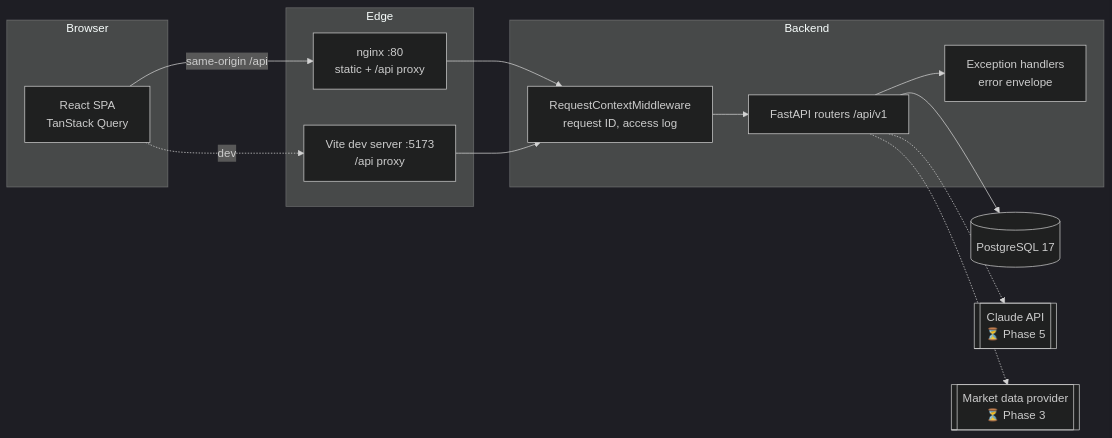
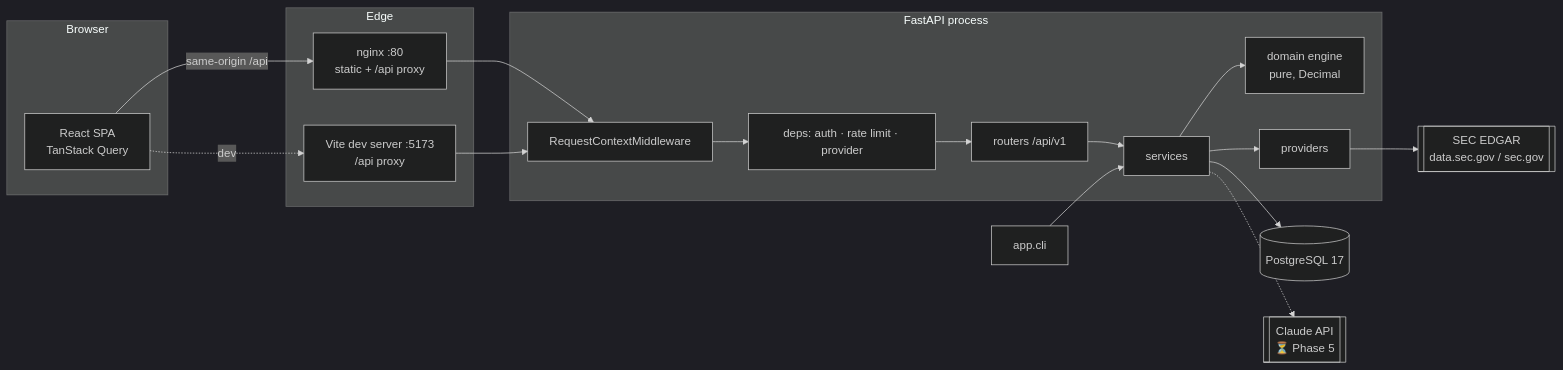
The first of 5 diagrams in SYSTEM_FLOW.md (unknownMagician/finsight), drawn with Mermaid (dark theme) before and after one commit. The commit also changed other lines of this file and 47 other files, not shown here.

````diff
--- a/SYSTEM_FLOW.md
+++ b/SYSTEM_FLOW.md
@@ -100,28 +98,33 @@
 ```mermaid
 flowchart LR
     subgraph Browser
         SPA[React SPA<br/>TanStack Query]
     end
     subgraph Edge
         NGINX[nginx :80<br/>static + /api proxy]
         VITE[Vite dev server :5173<br/>/api proxy]
     end
-    subgraph Backend
-        MW[RequestContextMiddleware<br/>request ID, access log]
-        API[FastAPI routers /api/v1]
-        EH[Exception handlers<br/>error envelope]
+    subgraph Backend[FastAPI process]
+        MW[RequestContextMiddleware]
+        DEPS[deps: auth · rate limit · provider]
+        API[routers /api/v1]
+        SVC[services]
+        DOM[domain engine<br/>pure, Decimal]
+        PROV[providers]
     end
     DB[(PostgreSQL 17)]
+    SEC[[SEC EDGAR<br/>data.sec.gov / sec.gov]]
     CLAUDE[[Claude API<br/>⏳ Phase 5]]
-    MKT[[Market data provider<br/>⏳ Phase 3]]
+    CLI[app.cli]
 
     SPA -- same-origin /api --> NGINX
     SPA -. dev .-> VITE
     NGINX --> MW
     VITE --> MW
-    MW --> API
-    API --> EH
-    API --> DB
-    API -.-> CLAUDE
-    API -.-> MKT
+    MW --> DEPS --> API --> SVC
+    SVC --> DOM
+    SVC --> DB
+    SVC --> PROV --> SEC
+    CLI --> SVC
+    SVC -.-> CLAUDE
 ```
````
